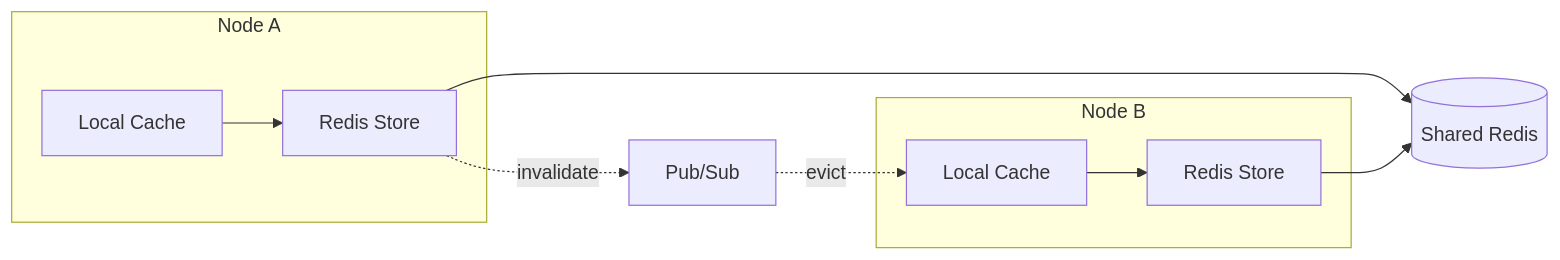
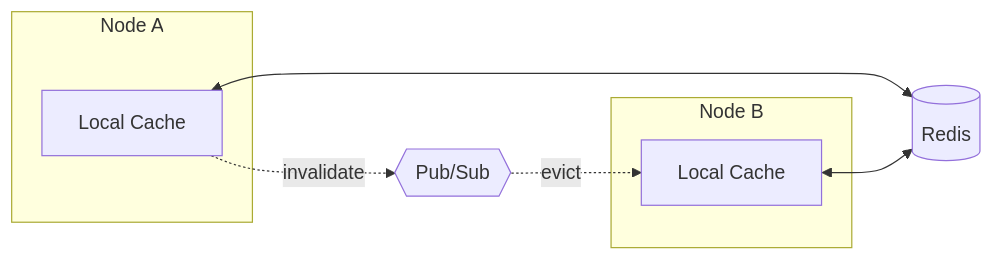
One commit to azutoolkit/session changed the diagram in README.md. Above: the diagram before and after it, drawn with Mermaid. The commit also changed other lines of this file, not shown here.

````diff
--- a/README.md
+++ b/README.md
@@ -450,18 +132,15 @@
 ```mermaid
 flowchart LR
     subgraph Node_A["Node A"]
         A_Cache["Local Cache"]
-        A_Store["Redis Store"]
     end
     subgraph Node_B["Node B"]
         B_Cache["Local Cache"]
-        B_Store["Redis Store"]
     end
-    Redis[("Shared Redis")]
-    PubSub["Pub/Sub"]
+    Redis[("Redis")]
+    PubSub{{"Pub/Sub"}}
 
-    A_Cache --> A_Store --> Redis
-    B_Cache --> B_Store --> Redis
-    A_Store -.->|"invalidate"| PubSub
-    PubSub -.->|"evict"| B_Cache
+    A_Cache <--> Redis
+    B_Cache <--> Redis
+    A_Cache -.->|invalidate| PubSub -.->|evict| B_Cache
 ```
````
